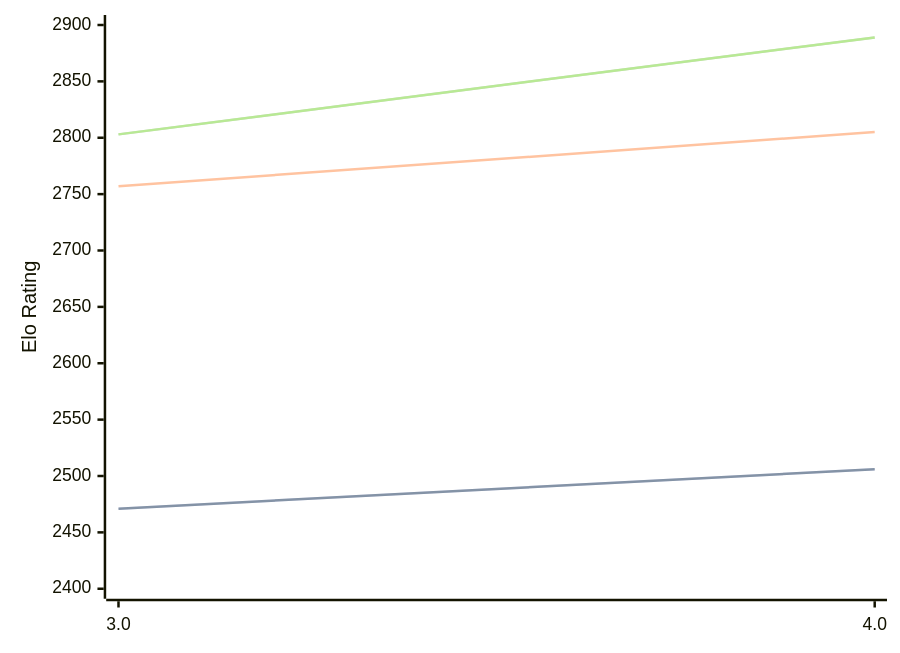
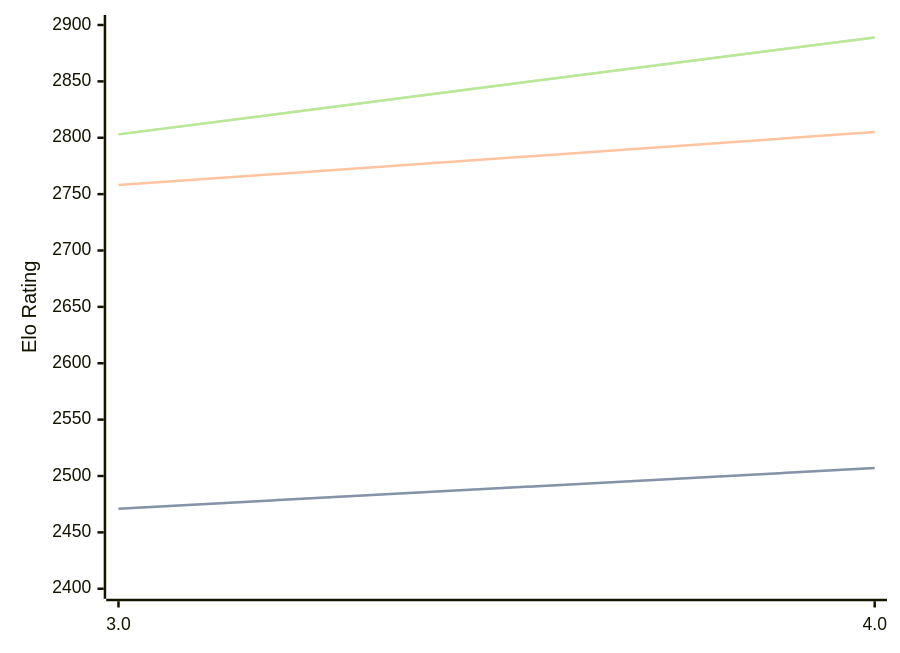
Before and after one commit to computer-chess-index/cci: the diagram in engines/Chess3.md, drawn with Mermaid. The commit also changed other lines of this file, not shown here.

````diff
--- a/engines/Chess3.md
+++ b/engines/Chess3.md
@@ -32,11 +32,11 @@
 ```mermaid
 %%{init: {"theme":"base","themeVariables":{"seriesColors:['#a3a3a3','#222221','#faa371']}}}%%
 xychart-beta
   x-axis ["3.0", "4.0"]
   y-axis "Elo Rating" 2400 --> 2900
-  line "" [2471, 2506]
-  line "STC (8.0+0.08s)" [2471, 2506]
-  line "LTC (60.0+0.60s)" [2757, 2805]
+  line "" [2471, 2507]
+  line "STC (8.0+0.08s)" [2471, 2507]
+  line "LTC (60.0+0.60s)" [2758, 2805]
   line "" [2803, 2889]
   line "VLTC (2m24s+1.12s)" [2803, 2889]
 ```
````
